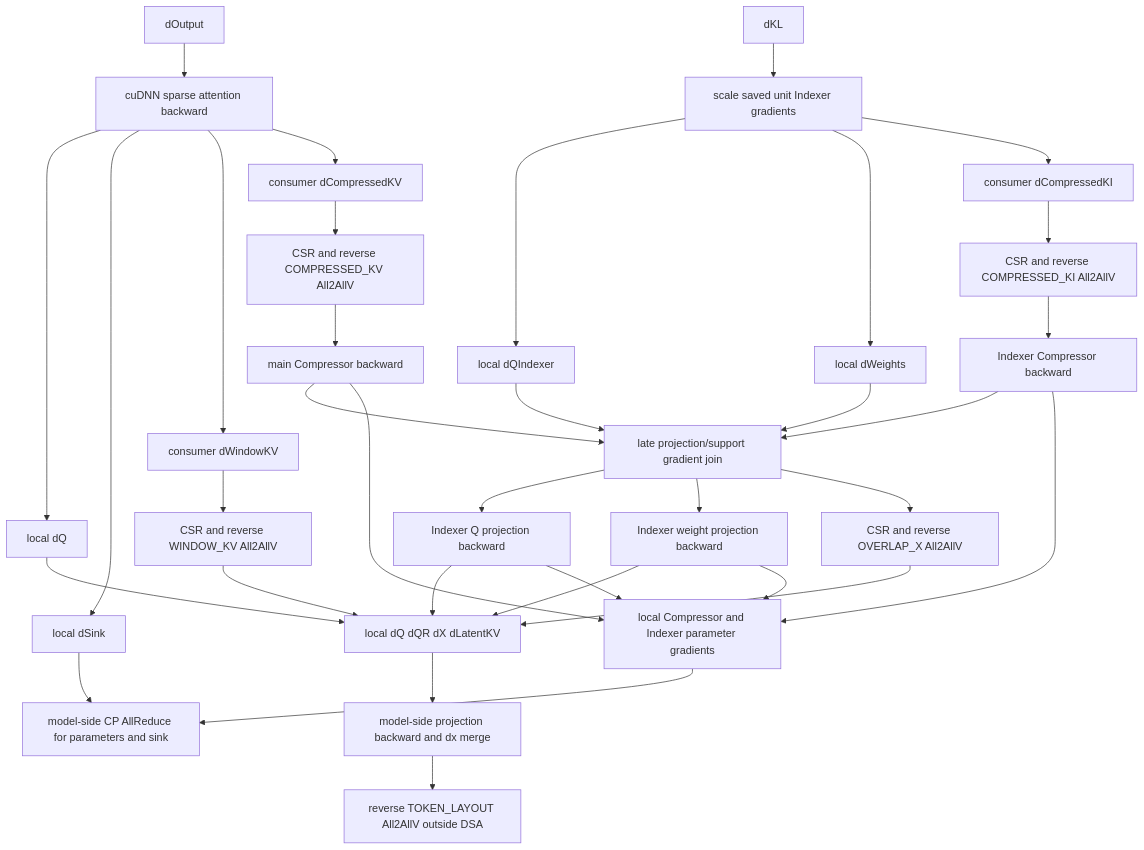
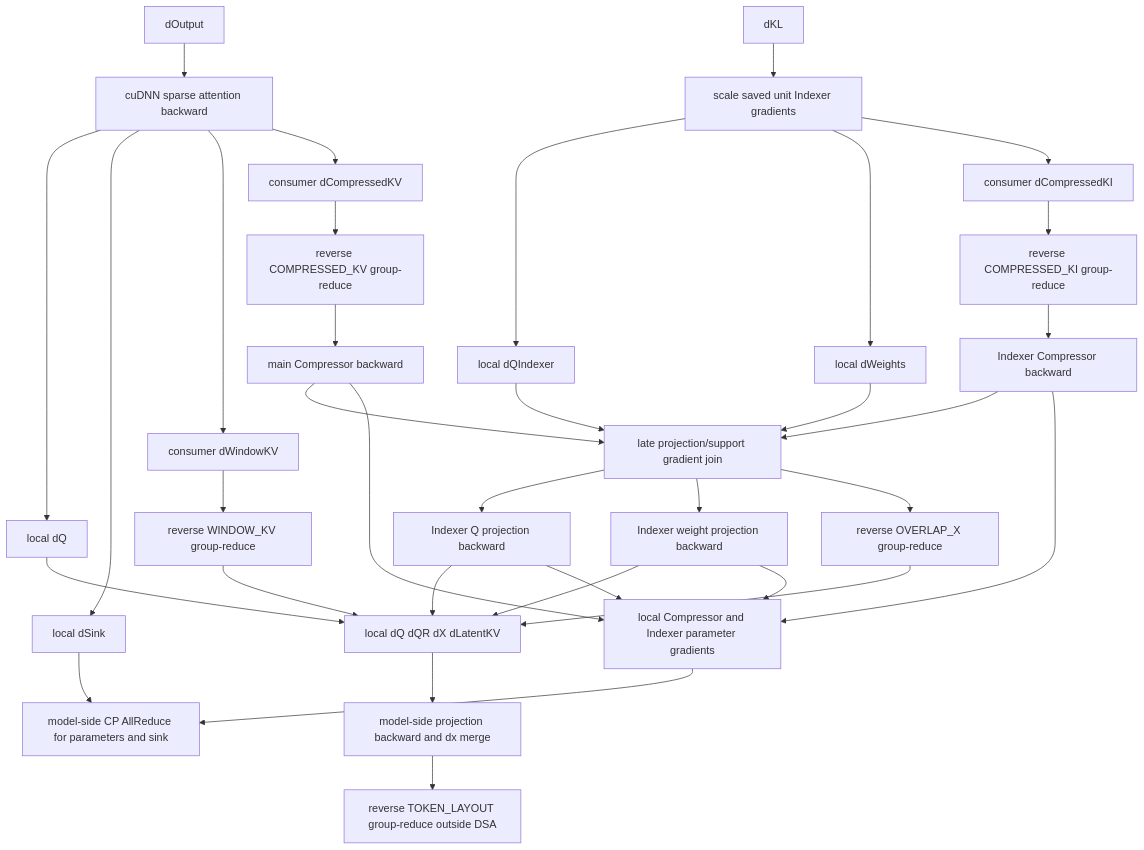
Before and after one commit to morganwen/MagiAttention: the fourth of 4 diagrams in extensions/magi_attn_extensions/DSA/docs/design.md, drawn with Mermaid. The commit also changed other lines of this file and 22 other files, not shown here.

````diff
--- a/extensions/magi_attn_extensions/DSA/docs/design.md
+++ b/extensions/magi_attn_extensions/DSA/docs/design.md
@@ -735,52 +776,52 @@
 ```mermaid
 flowchart TB
     DO["dOutput"]
     DKL["dKL"]
     SAB["cuDNN sparse attention backward"]
     KLS["scale saved unit Indexer gradients"]
 
     DQ["local dQ"]
     DS["local dSink"]
     DWIN["consumer dWindowKV"]
     DCKV["consumer dCompressedKV"]
     DQI["local dQIndexer"]
     DW["local dWeights"]
     DCKI["consumer dCompressedKI"]
 
-    RWIN["CSR and reverse WINDOW_KV All2AllV"]
-    RCKV["CSR and reverse COMPRESSED_KV All2AllV"]
-    RCKI["CSR and reverse COMPRESSED_KI All2AllV"]
+    RWIN["reverse WINDOW_KV group-reduce"]
+    RCKV["reverse COMPRESSED_KV group-reduce"]
+    RCKI["reverse COMPRESSED_KI group-reduce"]
     MCB["main Compressor backward"]
     ICB["Indexer Compressor backward"]
     JOIN["late projection/support gradient join"]
     QPB["Indexer Q projection backward"]
     WPB["Indexer weight projection backward"]
-    ROVL["CSR and reverse OVERLAP_X All2AllV"]
+    ROVL["reverse OVERLAP_X group-reduce"]
 
     LOCAL["local dQ dQR dX dLatentKV"]
     PARAM["local Compressor and Indexer parameter gradients"]
     AR["model-side CP AllReduce for parameters and sink"]
     MODEL["model-side projection backward and dx merge"]
-    LAYOUT["reverse TOKEN_LAYOUT All2AllV outside DSA"]
+    LAYOUT["reverse TOKEN_LAYOUT group-reduce outside DSA"]
 
     DO --> SAB
     DKL --> KLS
     SAB --> DQ --> LOCAL
     SAB --> DS --> AR
     SAB --> DWIN --> RWIN --> LOCAL
     SAB --> DCKV --> RCKV --> MCB
     KLS --> DQI --> JOIN
     KLS --> DW --> JOIN
     KLS --> DCKI --> RCKI --> ICB
     MCB --> JOIN
     ICB --> JOIN
     JOIN --> QPB --> LOCAL
     JOIN --> WPB --> LOCAL
     JOIN --> ROVL --> LOCAL
     MCB --> PARAM
     ICB --> PARAM
     QPB --> PARAM
     WPB --> PARAM
     PARAM --> AR
     LOCAL --> MODEL --> LAYOUT
 ```
````
